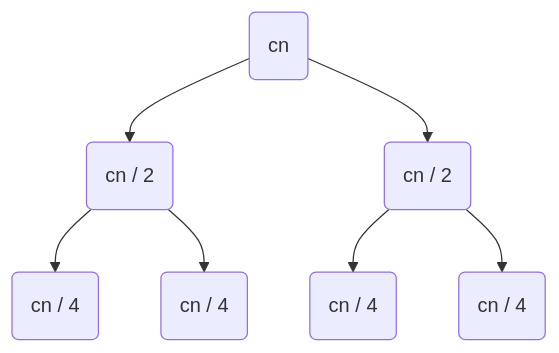
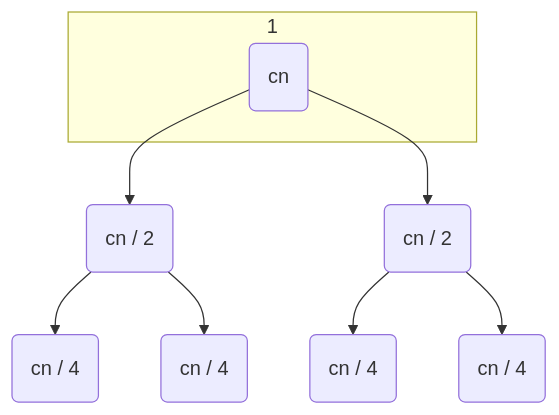
One commit to ErenKyojin/polimi-ing-info changed the diagram in Algoritmi e principi dell'informatica/Algoritmi/Merge-sort.md. Above: the diagram before and after it, drawn with Mermaid.

Commit message:
[Archkyo] vault backup: 1 on 2023-05-02 11:31:39
Affected files:
Algoritmi e principi dell'informatica/Algoritmi/Merge-sort.md

````diff
--- a/Algoritmi e principi dell'informatica/Algoritmi/Merge-sort.md
+++ b/Algoritmi e principi dell'informatica/Algoritmi/Merge-sort.md
@@ -44,10 +44,13 @@
 ```mermaid
 graph TB
 	A(cn)
 	A --> B(cn / 2)
 	A --> C(cn / 2)
 	B --> BA(cn / 4)
 	B --> BB(cn / 4)
 	C --> CA(cn / 4)
 	C --> CB(cn / 4)
+	subgraph 1
+	A
+	end
 ```
````
